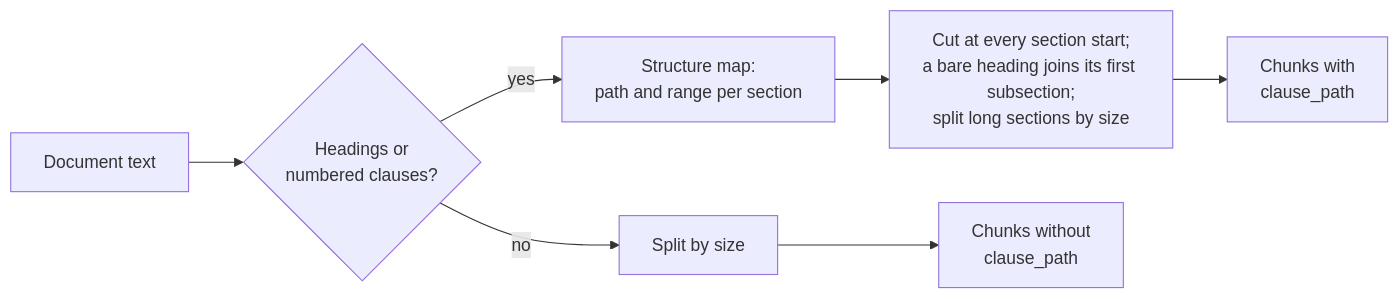
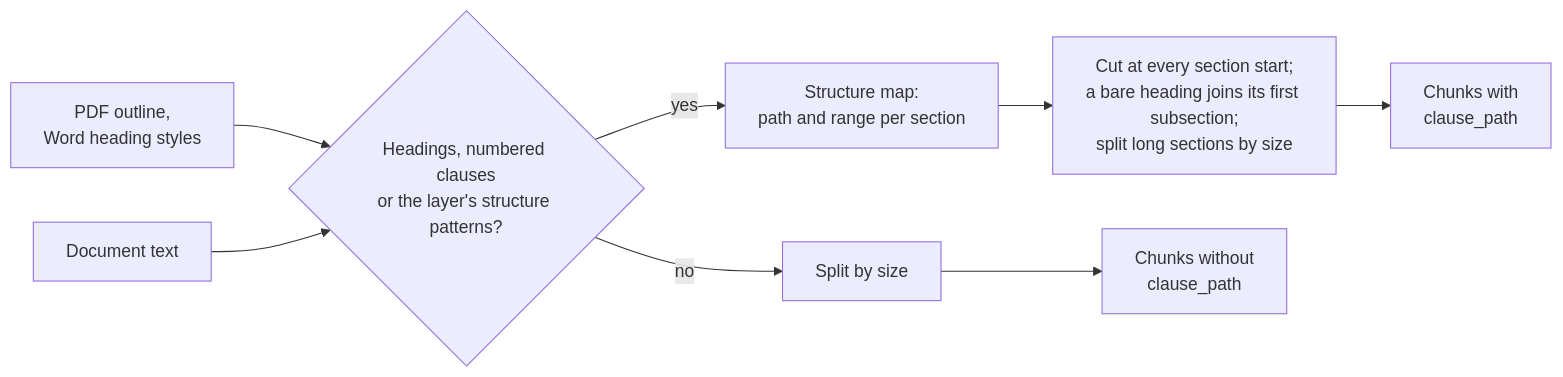
One commit to boudou/StrataKB changed the fifth of 16 diagrams in README.md. Above: the diagram before and after it, drawn with Mermaid. The commit also changed other lines of this file and 122 other files, not shown here.

First line of the commit message:
Backlog run 2026-11-06: document structure, extractive answers, answer contract and follow-ups (#218)

````diff
--- a/README.md
+++ b/README.md
@@ -155,6 +170,7 @@
 ```mermaid
 flowchart LR
-    t["Document text"] --> d{"Headings or<br/>numbered clauses?"}
+    o["PDF outline,<br/>Word heading styles"] --> d
+    t["Document text"] --> d{"Headings, numbered clauses<br/>or the layer's structure patterns?"}
     d -->|"yes"| m["Structure map:<br/>path and range per section"] --> s["Cut at every section start;<br/>a bare heading joins its first subsection;<br/>split long sections by size"] --> c["Chunks with<br/>clause_path"]
     d -->|"no"| z["Split by size"] --> c2["Chunks without<br/>clause_path"]
 ```
````
